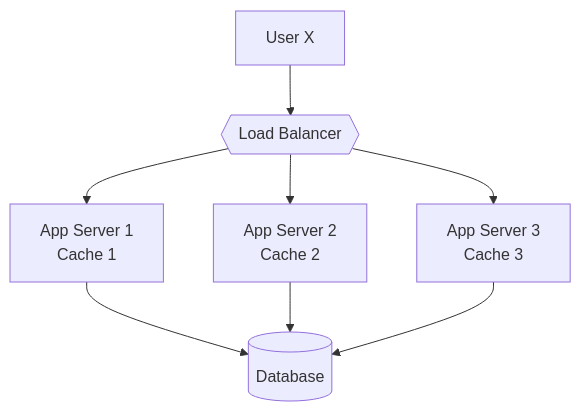
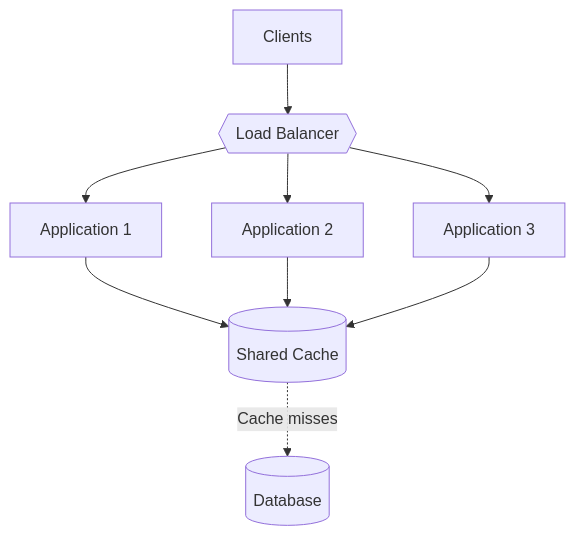
One commit to HARRISAMIN432/system-design-hld changed the sixth of 13 diagrams in 08_caching/README.md. Above: the diagram before and after it, drawn with Mermaid. The commit also changed other lines of this file and 11 other files, not shown here.

````diff
--- a/08_caching/README.md
+++ b/08_caching/README.md
@@ -142,10 +530,14 @@
 ```mermaid
 flowchart TB
-    U["User X"] --> LB{{"Load Balancer"}}
-    LB --> A1["App Server 1<br/>Cache 1"]
-    LB --> A2["App Server 2<br/>Cache 2"]
-    LB --> A3["App Server 3<br/>Cache 3"]
-    A1 --> DB[("Database")]
-    A2 --> DB
-    A3 --> DB
+    C["Clients"] --> LB{{"Load Balancer"}}
+
+    LB --> A1["Application 1"]
+    LB --> A2["Application 2"]
+    LB --> A3["Application 3"]
+
+    A1 --> K[("Shared Cache")]
+    A2 --> K
+    A3 --> K
+
+    K -. "Cache misses" .-> D[("Database")]
 ```
````
